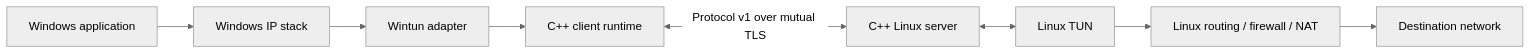
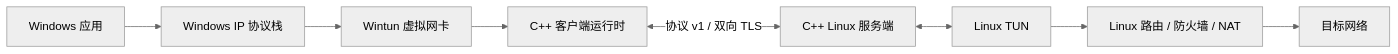
The diagram in Readme.md (Dahyunnist/Personal-VPN), drawn with Mermaid (neutral theme) before and after one commit. The commit also changed other lines of this file, not shown here.

````diff
--- a/Readme.md
+++ b/Readme.md
@@ -16,10 +11,10 @@
 ```mermaid
 flowchart LR
-    A[Windows application] --> B[Windows IP stack]
-    B --> C[Wintun adapter]
-    C --> D[C++ client runtime]
-    D <-->|Protocol v1 over mutual TLS| E[C++ Linux server]
+    A[Windows 应用] --> B[Windows IP 协议栈]
+    B --> C[Wintun 虚拟网卡]
+    C --> D[C++ 客户端运行时]
+    D <-->|协议 v1 / 双向 TLS| E[C++ Linux 服务端]
     E <--> F[Linux TUN]
-    F --> G[Linux routing / firewall / NAT]
-    G --> H[Destination network]
+    F --> G[Linux 路由 / 防火墙 / NAT]
+    G --> H[目标网络]
 ```
````
